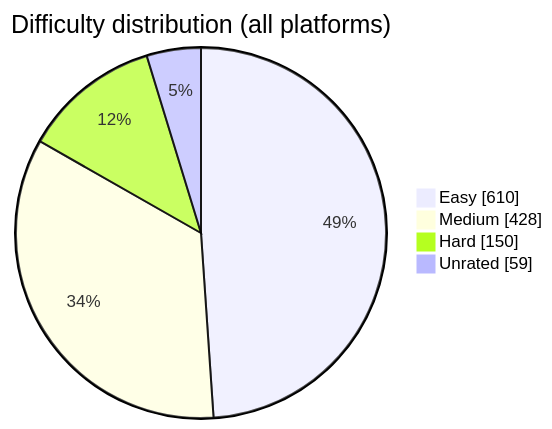
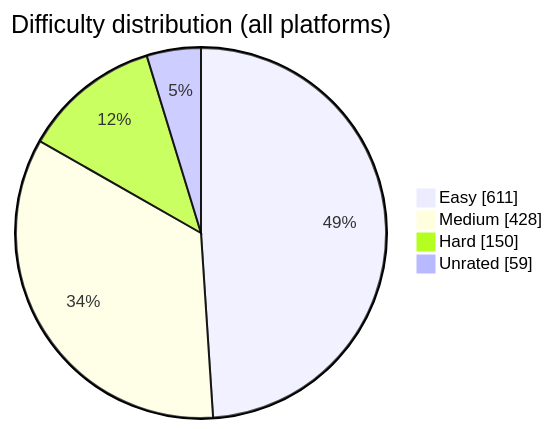
The diagram in README.md (BuildbyArindam/Daily-Coding-Log), drawn with Mermaid before and after one commit. The commit also changed other lines of this file, not shown here.

````diff
--- a/README.md
+++ b/README.md
@@ -93,7 +93,7 @@
 ```mermaid
 pie showData title Difficulty distribution (all platforms)
-    "Easy" : 610
+    "Easy" : 611
     "Medium" : 428
     "Hard" : 150
     "Unrated" : 59
 ```
````
